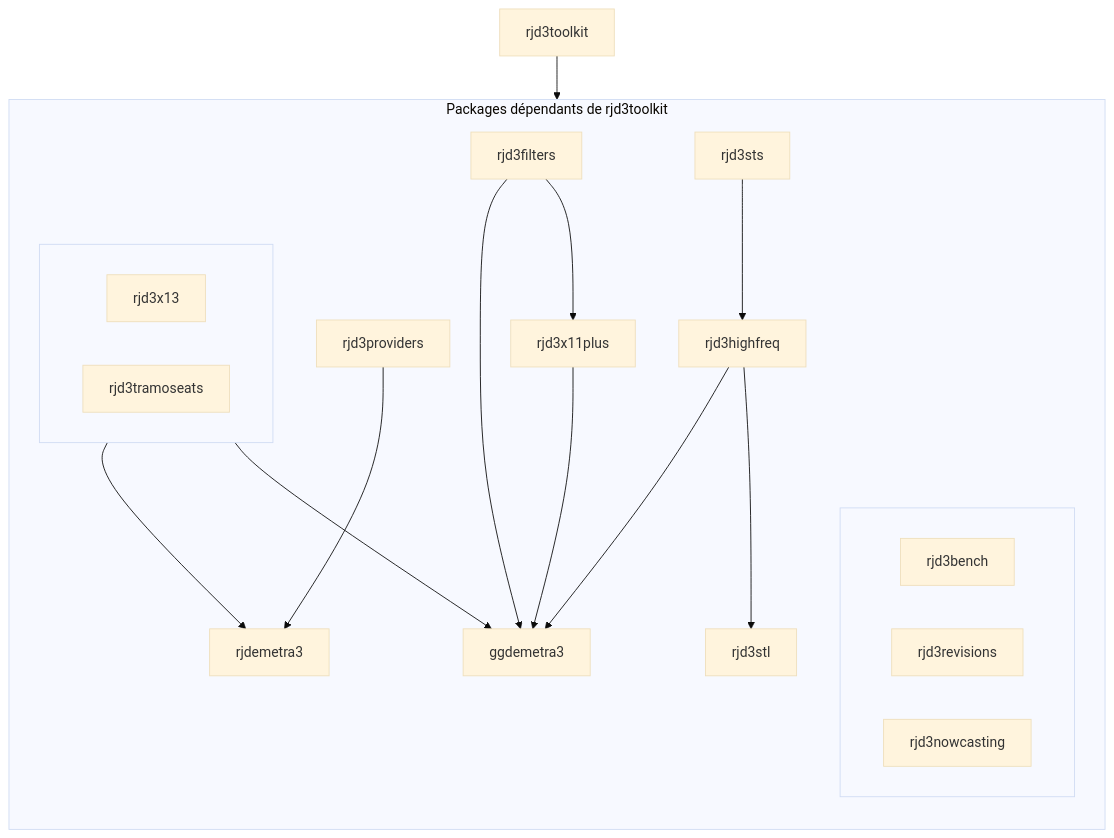
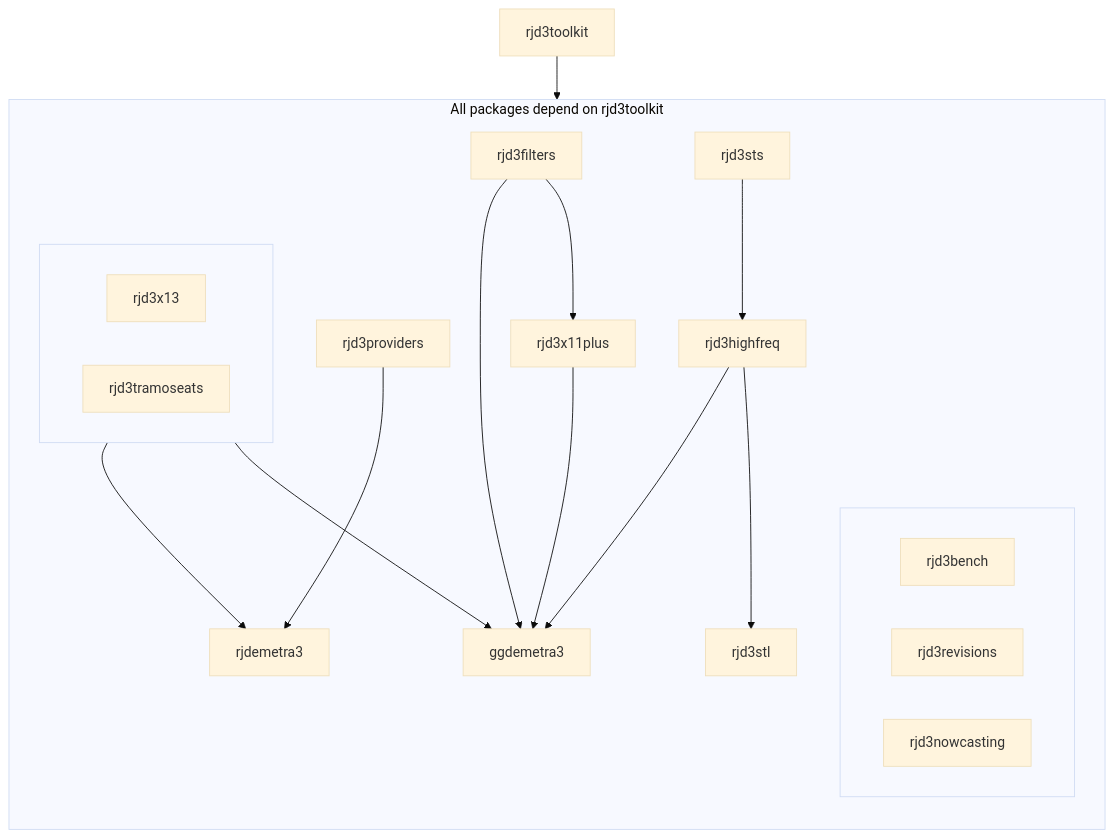
The diagram in profile/README.md (rjdverse/.github), drawn with Mermaid (base theme) before and after one commit. The commit also changed other lines of this file and 3 other files, not shown here.

````diff
--- a/profile/README.md
+++ b/profile/README.md
@@ -15,48 +69,48 @@
 ```mermaid
 flowchart TB
-    subgraph rjd3toolkit_depends ["Packages dépendants de rjd3toolkit"]
+    subgraph rjd3toolkit_depends ["All packages depend on rjd3toolkit"]
         direction TB
 
 
         subgraph rjd3_other[" "]
             rjd3bench
             rjd3revisions
             rjd3nowcasting
         end
         
         subgraph rjd3x13_tramo[" "]
             rjd3x13
             rjd3tramoseats
         end
 
         rjd3providers --> rjdemetra3
         rjd3x13_tramo --> rjdemetra3
 
         rjd3x13_tramo --> ggdemetra3
         rjd3highfreq --> ggdemetra3
         rjd3x11plus --> ggdemetra3
         rjd3filters --> ggdemetra3
         
         rjd3filters --> rjd3x11plus
         rjd3sts --> rjd3highfreq
         rjd3highfreq --> rjd3stl
 
     end
 
     rjd3toolkit --> rjd3toolkit_depends
 
   click rjd3toolkit "https://github.com/rjdemetra/rjd3toolkit" _blank
   click rjd3nowcasting "https://github.com/rjdemetra/rjd3nowcasting" _blank
   click rjd3stl "https://github.com/rjdemetra/rjd3stl" _blank
   click rjd3highfreq "https://github.com/rjdemetra/rjd3highfreq" _blank
   click rjd3sts "https://github.com/rjdemetra/rjd3sts" _blank
   click rjd3x11plus "https://github.com/rjdemetra/rjd3x11plus" _blank
   click rjd3filters "https://github.com/rjdemetra/rjd3filters" _blank
   click rjd3providers "https://github.com/rjdemetra/rjd3providers" _blank
   click rjdemetra3 "https://github.com/rjdemetra/rjdemetra3" _blank
   click rjd3x13 "https://github.com/rjdemetra/rjd3x13" _blank
   click rjd3tramoseats "https://github.com/rjdemetra/rjd3tramoseats" _blank
   click rjd3bench "https://github.com/rjdemetra/rjd3bench" _blank
   click rjd3revisions "https://github.com/rjdemetra/rjd3revisions" _blank
   click ggdemetra3 "https://github.com/AQLT/ggdemetra3" _blank
 ```
````
